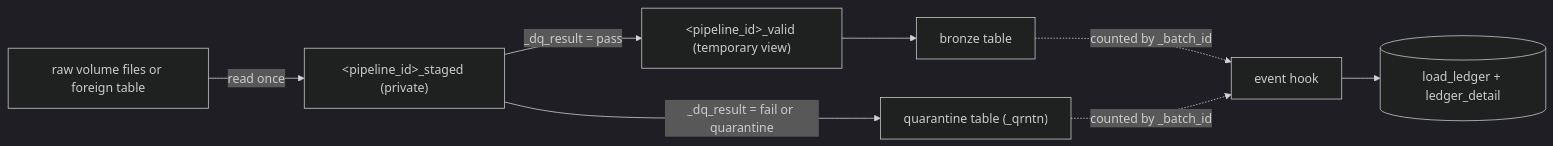
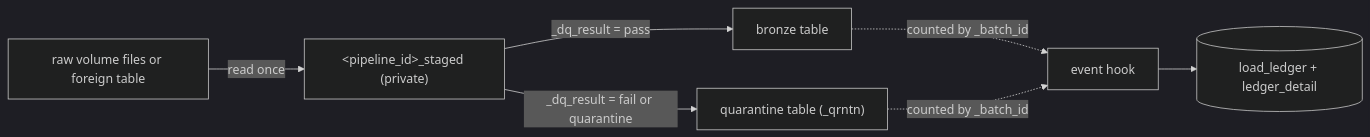
Before and after one commit to NitinKeshavB/framework: the third of 9 diagrams in framework_docs/ARCHITECTURE.md, drawn with Mermaid (dark theme). The commit also changed 10 other files, not shown here.

````diff
--- a/framework_docs/ARCHITECTURE.md
+++ b/framework_docs/ARCHITECTURE.md
@@ -98,10 +98,9 @@
 ```mermaid
 flowchart LR
   source[raw volume files or foreign table] -->|read once| staged["&lt;pipeline_id&gt;_staged (private)"]
-  staged -->|"_dq_result = pass"| valid["&lt;pipeline_id&gt;_valid (temporary view)"]
-  valid --> bronze[bronze table]
+  staged -->|"_dq_result = pass"| bronze[bronze table]
   staged -->|"_dq_result = fail or quarantine"| quarantine["quarantine table (_qrntn)"]
   bronze -.->|"counted by _batch_id"| hook["event hook"]
   quarantine -.->|"counted by _batch_id"| hook
   hook --> ledger[("load_ledger + ledger_detail")]
 ```
````
